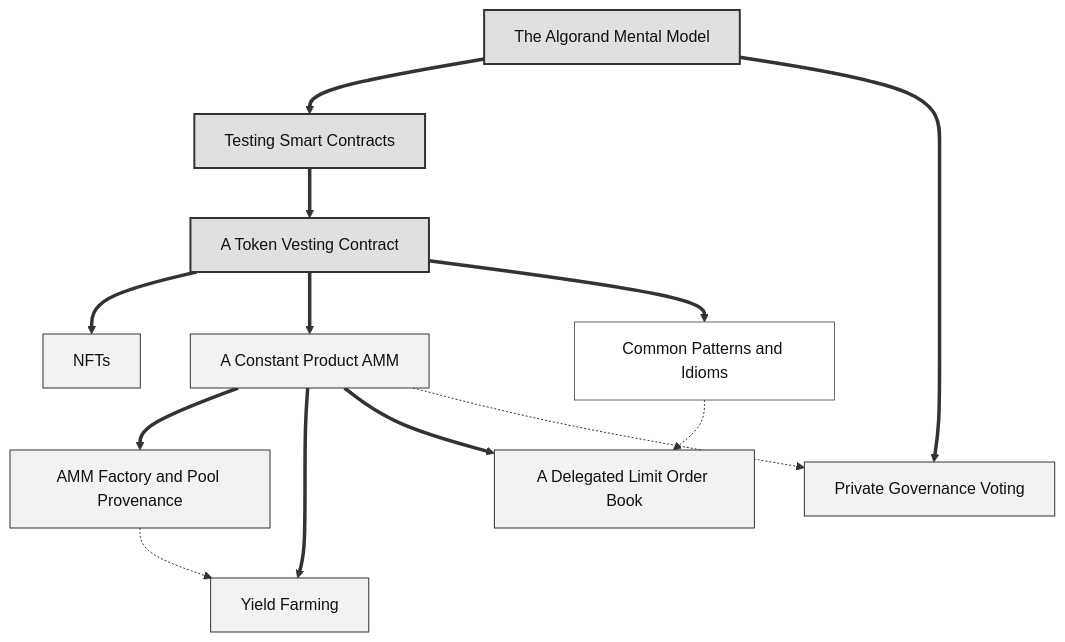
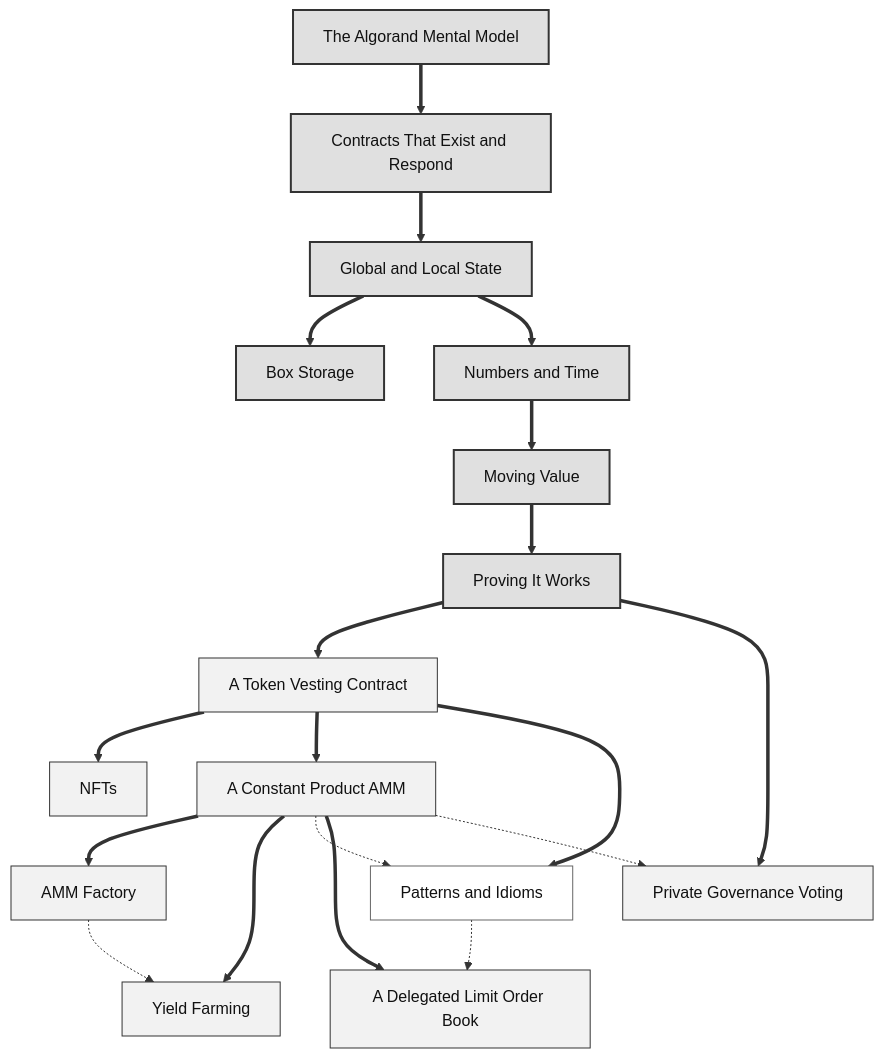
The diagram in figures/src/book-map.mmd (m1o1/building-on-algo), drawn with Mermaid before and after one commit. The commit also changed 56 other files, not shown here.

```diff
--- a/figures/src/book-map.mmd
+++ b/figures/src/book-map.mmd
@@ -1,32 +1,69 @@
 %% What depends on what. Deliberately labelled by name and not by number: the
 %% numbers are computed at build time and this drawing would go stale the first
 %% time a chapter moved. A solid arrow means "you will be lost without it"; a
 %% dashed arrow means the chapter builds on that material but stands alone.
+
+%% ALL FIFTEEN CHAPTERS APPEAR HERE, and that is the point of the drawing
+%% rather than a detail of it. The map shipped for several rounds with ten
+%% nodes, drawn before the seven concept chapters existed, and it carried a
+%% solid edge straight from the mental model to the testing chapter across the
+%% five that had appeared in between. The preface tells the reader, of this
+%% figure, "follow the solid arrows backwards from it and read only those" ---
+%% so a missing node is not an omission from a picture, it is an instruction to
+%% skip a chapter. Every gate passed it: each chapter file existed, every
+%% cross-reference resolved, and nothing counts nodes in a drawing against the
+%% manifest. If you add a chapter to chapters/book.yaml, add it here.
+
+%% Labels are kept short on purpose, and the reason is arithmetic rather than
+%% taste. The drawing is placed at \linewidth (470.4pt) with keepaspectratio,
+%% so a figure wider than that is scaled DOWN and never up: on-page type size
+%% is 11.25pt x 470.4 / (natural width in points). The house floor is 8pt,
+%% which caps the natural width at 661pt -- 882px, since mermaid's coordinates
+%% are px and 1px = 0.75pt. Every 59pt of extra width costs the whole figure
+%% one point of legibility, so a longer label anywhere on the widest rank is
+%% paid for by every other label in the drawing.
+
+%% Measured, not estimated. The first fifteen-node draft came out at 894.9px
+%% = 671.2pt = 7.89pt on the page: it failed the floor by a tenth of a point,
+%% and nothing in the build says so, because the PDF is valid and the SVG is
+%% well formed. Shortening ONE label -- "Common Patterns and Idioms" to
+%% "Patterns and Idioms", on the three-node bottom rank that sets the width --
+%% brought it to 840.6px = 630.5pt = 8.39pt. Re-measure after any label edit:
+%%   python3 build.py figures
+%%   pdfinfo figures/out/book-map.pdf | grep 'Page size'   # must be <= 661pt
 flowchart TB
     MM["The Algorand Mental Model"]
-    TE["Testing Smart Contracts"]
+    CO["Contracts That Exist and Respond"]
+    ST["Global and Local State"]
+    BX["Box Storage"]
+    NT["Numbers and Time"]
+    MV["Moving Value"]
+    TE["Proving It Works"]
     TV["A Token Vesting Contract"]
     NF["NFTs"]
     AM["A Constant Product AMM"]
-    AF["AMM Factory and Pool Provenance"]
+    AF["AMM Factory"]
     YF["Yield Farming"]
-    PT["Common Patterns and Idioms"]
+    PT["Patterns and Idioms"]
     LO["A Delegated Limit Order Book"]
     ZK["Private Governance Voting"]
 
-    MM ==> TE ==> TV ==> NF
+    MM ==> CO ==> ST ==> BX
+    ST ==> NT ==> MV ==> TE
+    TE ==> TV ==> NF
     TV ==> AM ==> AF
     AM ==> YF
     AF -.-> YF
+    TV ==> PT
+    AM -.-> PT
     AM ==> LO
     PT -.-> LO
-    TV ==> PT
-    MM ==> ZK
+    TE ==> ZK
     AM -.-> ZK
 
     classDef found fill:#e0e0e0,stroke:#333333,stroke-width:2px,color:#111111
     classDef proj fill:#f2f2f2,stroke:#333333,color:#111111
     classDef ref fill:#ffffff,stroke:#666666,color:#111111
-    class MM,TE,TV found
-    class NF,AM,AF,YF,LO,ZK proj
+    class MM,CO,ST,BX,NT,MV,TE found
+    class TV,NF,AM,AF,YF,LO,ZK proj
     class PT ref
```
